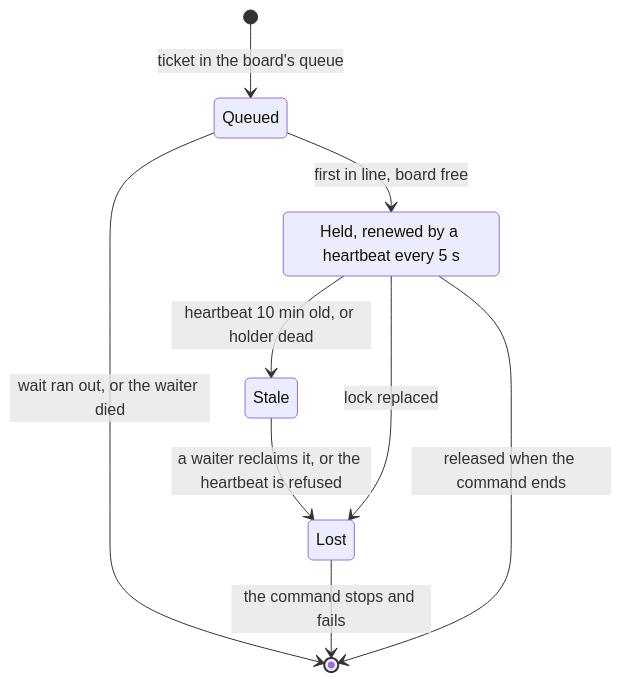
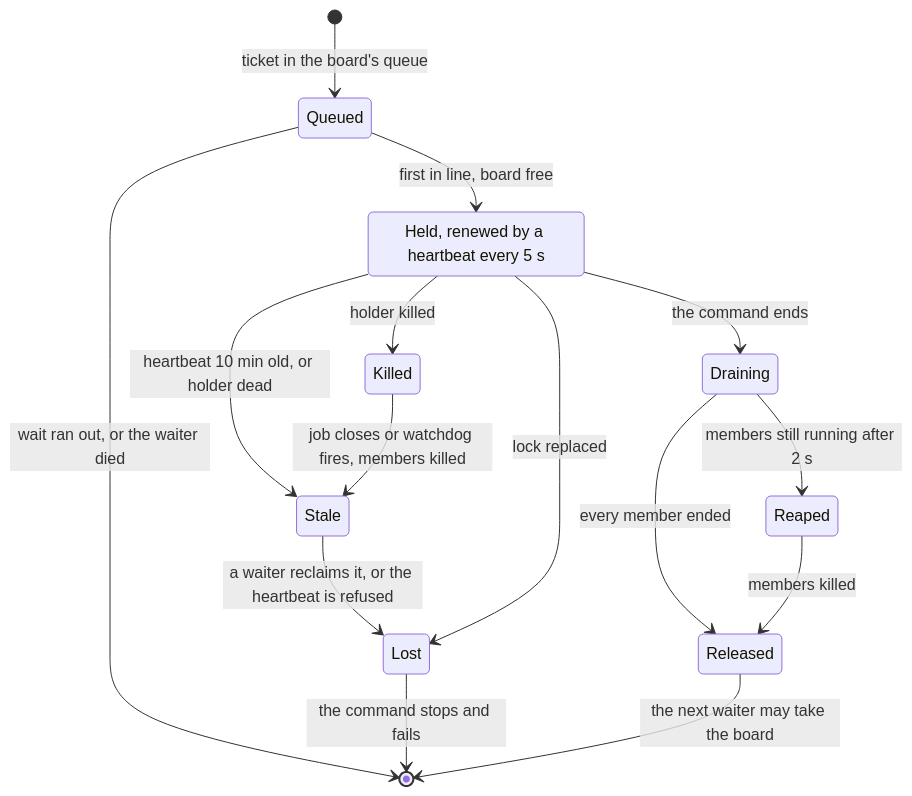
Before and after one commit to jose-villegas/autana: the second of 2 diagrams in docs/tools/Device-Lock.md, drawn with Mermaid. The commit also changed other lines of this file and 8 other files, not shown here.

First line of the commit message:
device: the lock outlives every process its holder started (Windows job, Linux token) (#469)

````diff
--- a/docs/tools/Device-Lock.md
+++ b/docs/tools/Device-Lock.md
@@ -171,12 +204,18 @@
 ```mermaid
 stateDiagram-v2
     state "Held, renewed by a heartbeat every 5 s" as Held
     [*] --> Queued: ticket in the board's queue
     Queued --> Held: first in line, board free
     Queued --> [*]: wait ran out, or the waiter died
     Held --> Stale: heartbeat 10 min old, or holder dead
     Stale --> Lost: a waiter reclaims it, or the heartbeat is refused
     Held --> Lost: lock replaced
     Lost --> [*]: the command stops and fails
-    Held --> [*]: released when the command ends
+    Held --> Draining: the command ends
+    Draining --> Reaped: members still running after 2 s
+    Draining --> Released: every member ended
+    Reaped --> Released: members killed
+    Released --> [*]: the next waiter may take the board
+    Held --> Killed: holder killed
+    Killed --> Stale: job closes or watchdog fires, members killed
 ```
````
